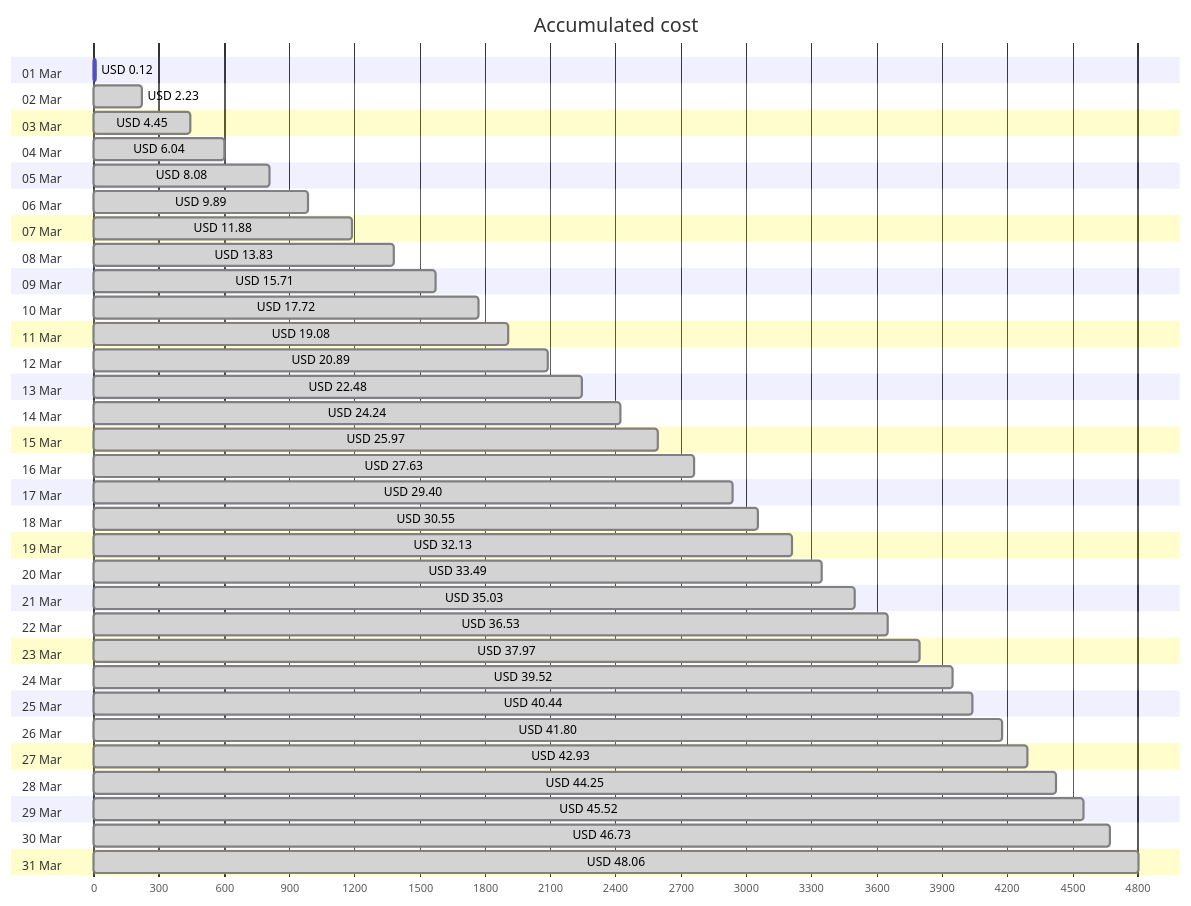
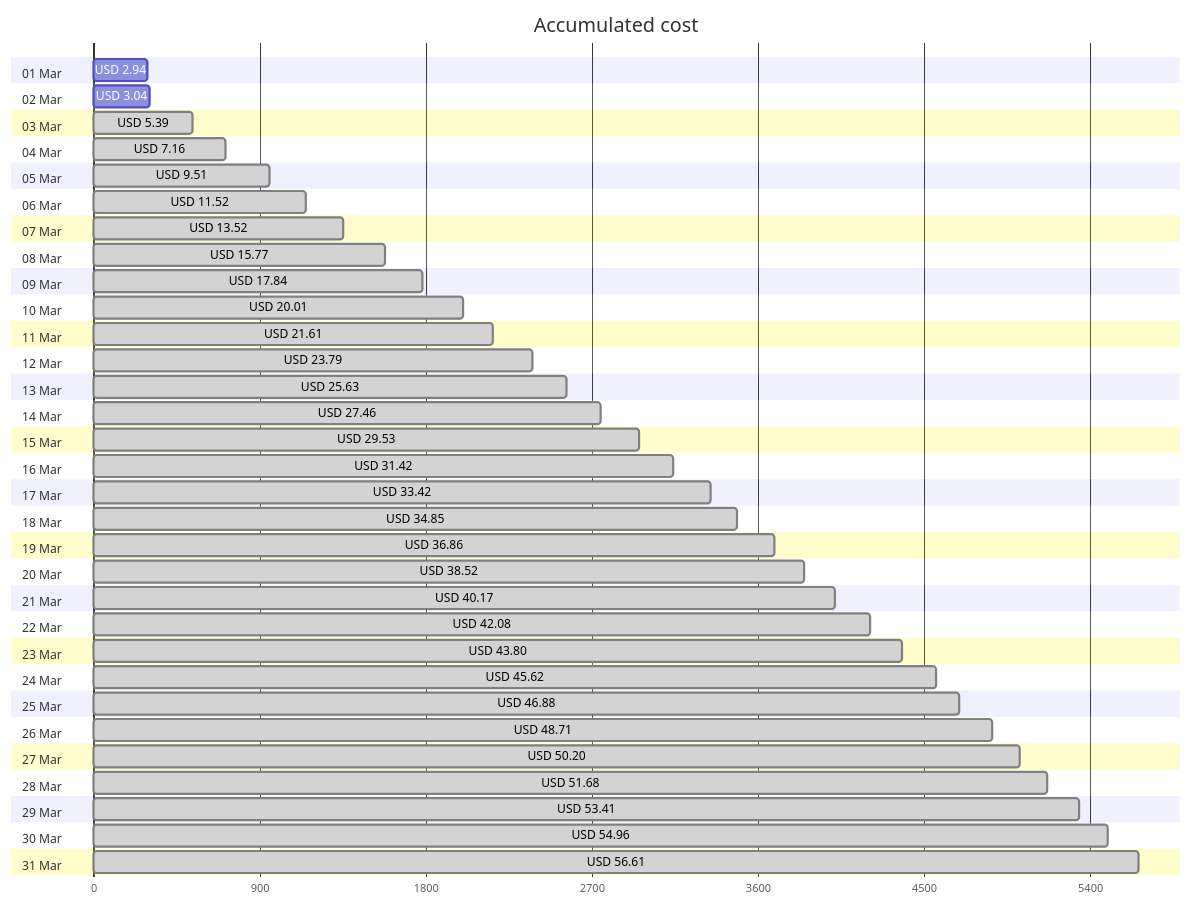
One commit to jpfulton/azure-personal-reports changed the first of 4 diagrams in cost-reports/accumulated-cost.md. Above: the diagram before and after it, drawn with Mermaid. The commit also changed other lines of this file and 4 other files, not shown here.

````diff
--- a/cost-reports/accumulated-cost.md
+++ b/cost-reports/accumulated-cost.md
@@ -20,68 +20,68 @@
 ```mermaid
 gantt
    title Accumulated cost
    dateFormat  X
    axisFormat %s
    section 01 Mar
-   USD 0.12 :0, 12
+   USD 2.94 :0, 294
    section 02 Mar
-   USD 2.23 : done, 0, 223
+   USD 3.04 :0, 304
    section 03 Mar
-   USD 4.45 : done, 0, 445
+   USD 5.39 : done, 0, 539
    section 04 Mar
-   USD 6.04 : done, 0, 604
+   USD 7.16 : done, 0, 716
    section 05 Mar
-   USD 8.08 : done, 0, 808
+   USD 9.51 : done, 0, 951
    section 06 Mar
-   USD 9.89 : done, 0, 989
+   USD 11.52 : done, 0, 1152
    section 07 Mar
-   USD 11.88 : done, 0, 1188
+   USD 13.52 : done, 0, 1352
    section 08 Mar
-   USD 13.83 : done, 0, 1383
+   USD 15.77 : done, 0, 1577
    section 09 Mar
-   USD 15.71 : done, 0, 1571
+   USD 17.84 : done, 0, 1784
    section 10 Mar
-   USD 17.72 : done, 0, 1772
+   USD 20.01 : done, 0, 2001
    section 11 Mar
-   USD 19.08 : done, 0, 1908
+   USD 21.61 : done, 0, 2161
    section 12 Mar
-   USD 20.89 : done, 0, 2089
+   USD 23.79 : done, 0, 2379
    section 13 Mar
-   USD 22.48 : done, 0, 2248
+   USD 25.63 : done, 0, 2563
    section 14 Mar
-   USD 24.24 : done, 0, 2424
+   USD 27.46 : done, 0, 2746
    section 15 Mar
-   USD 25.97 : done, 0, 2597
+   USD 29.53 : done, 0, 2953
    section 16 Mar
-   USD 27.63 : done, 0, 2763
+   USD 31.42 : done, 0, 3142
    section 17 Mar
-   USD 29.40 : done, 0, 2940
+   USD 33.42 : done, 0, 3342
    section 18 Mar
-   USD 30.55 : done, 0, 3055
+   USD 34.85 : done, 0, 3485
    section 19 Mar
-   USD 32.13 : done, 0, 3213
+   USD 36.86 : done, 0, 3686
    section 20 Mar
-   USD 33.49 : done, 0, 3349
+   USD 38.52 : done, 0, 3852
    section 21 Mar
-   USD 35.03 : done, 0, 3503
+   USD 40.17 : done, 0, 4017
    section 22 Mar
-   USD 36.53 : done, 0, 3653
+   USD 42.08 : done, 0, 4208
    section 23 Mar
-   USD 37.97 : done, 0, 3797
+   USD 43.80 : done, 0, 4380
    section 24 Mar
-   USD 39.52 : done, 0, 3952
+   USD 45.62 : done, 0, 4562
    section 25 Mar
-   USD 40.44 : done, 0, 4044
+   USD 46.88 : done, 0, 4688
    section 26 Mar
-   USD 41.80 : done, 0, 4180
+   USD 48.71 : done, 0, 4871
    section 27 Mar
-   USD 42.93 : done, 0, 4293
+   USD 50.20 : done, 0, 5020
    section 28 Mar
-   USD 44.25 : done, 0, 4425
+   USD 51.68 : done, 0, 5168
    section 29 Mar
-   USD 45.52 : done, 0, 4552
+   USD 53.41 : done, 0, 5341
    section 30 Mar
-   USD 46.73 : done, 0, 4673
+   USD 54.96 : done, 0, 5496
    section 31 Mar
-   USD 48.06 : done, 0, 4806
+   USD 56.61 : done, 0, 5661
 ```
````
